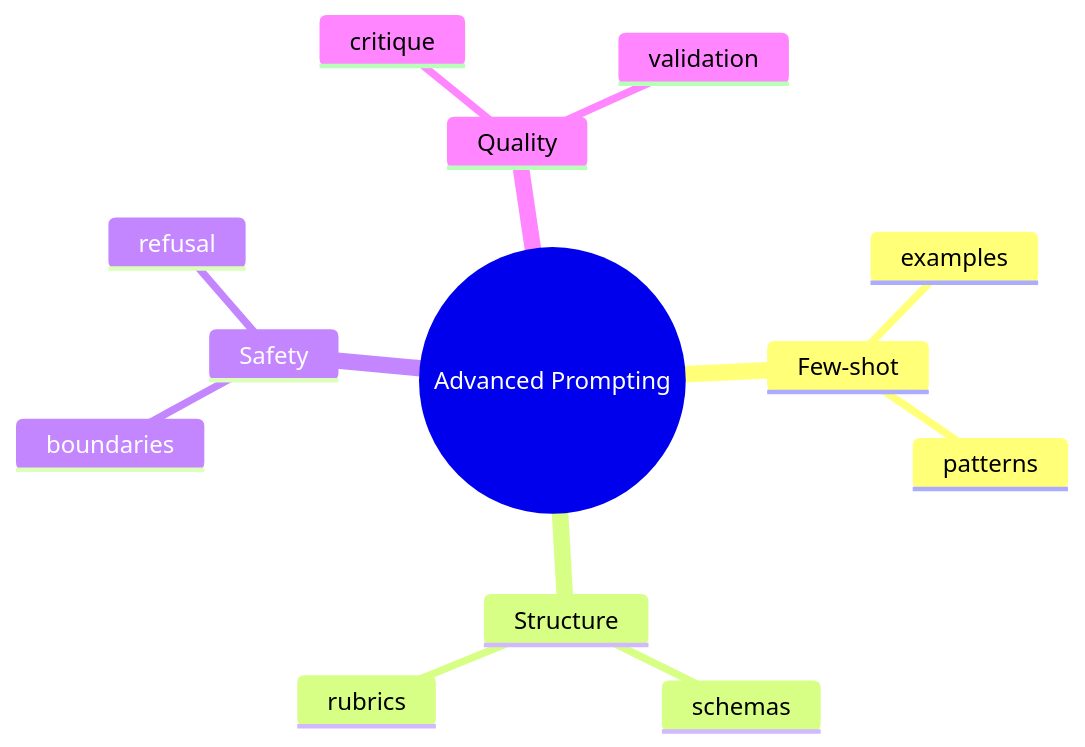
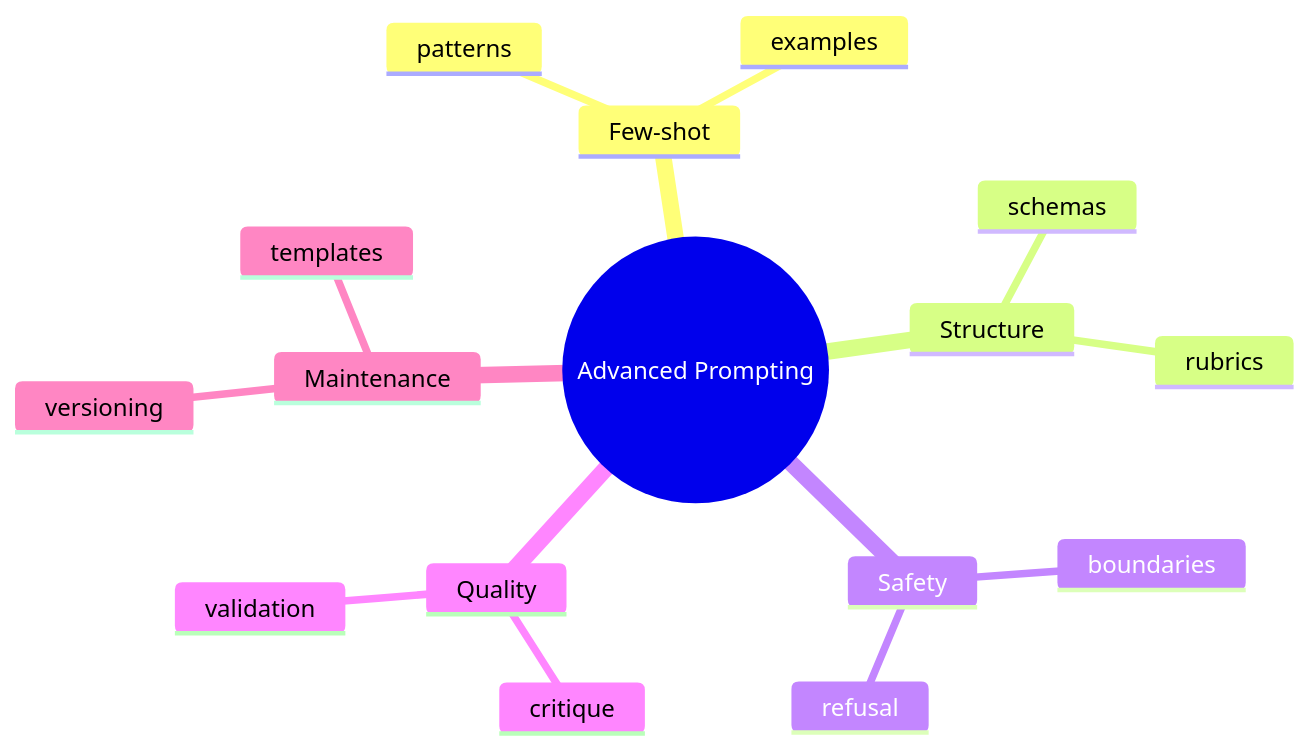
The fifth of 11 diagrams in day_05/day_05_advanced_prompt_engineering.md (Asabeneh/30-Days-Of-AI-Engineering), drawn with Mermaid before and after one commit. The commit also changed other lines of this file and 49 other files, not shown here.

````diff
--- a/day_05/day_05_advanced_prompt_engineering.md
+++ b/day_05/day_05_advanced_prompt_engineering.md
@@ -161,16 +274,19 @@
 ```mermaid
 mindmap
   root((Advanced Prompting))
     Few-shot
       examples
       patterns
     Structure
       schemas
       rubrics
     Safety
       boundaries
       refusal
     Quality
       critique
       validation
+    Maintenance
+      templates
+      versioning
 ```
````
